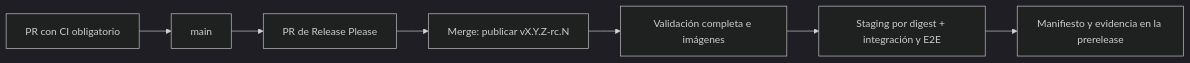
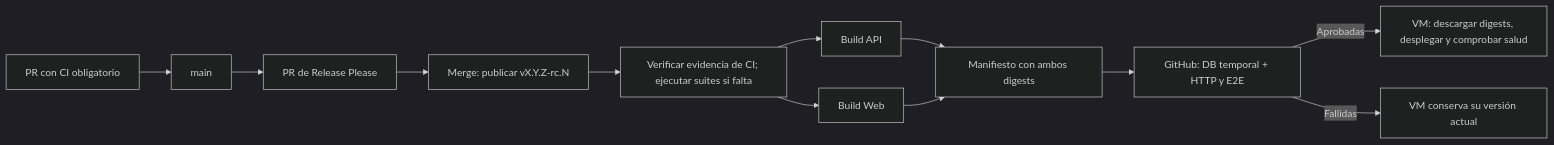
One commit to Zer0x25/paraglide-2.0 changed the second of 2 diagrams in README.md. Above: the diagram before and after it, drawn with Mermaid (dark theme). The commit also changed other lines of this file and 6 other files, not shown here.

````diff
--- a/README.md
+++ b/README.md
@@ -199,9 +199,14 @@
 ```mermaid
 flowchart LR
     PR[PR con CI obligatorio] --> Main[main]
     Main --> ReleasePR[PR de Release Please]
     ReleasePR --> RC[Merge: publicar vX.Y.Z-rc.N]
-    RC --> Build[Validación completa e imágenes]
-    Build --> Staging[Staging por digest + integración y E2E]
-    Staging --> Evidence[Manifiesto y evidencia en la prerelease]
+    RC --> Reuse["Verificar evidencia de CI; ejecutar suites si falta"]
+    Reuse --> API[Build API]
+    Reuse --> Web[Build Web]
+    API --> Manifest[Manifiesto con ambos digests]
+    Web --> Manifest
+    Manifest --> Tests[GitHub: DB temporal + HTTP y E2E]
+    Tests -->|Aprobadas| VM[VM: descargar digests, desplegar y comprobar salud]
+    Tests -->|Fallidas| Stop[VM conserva su versión actual]
 ```
````
